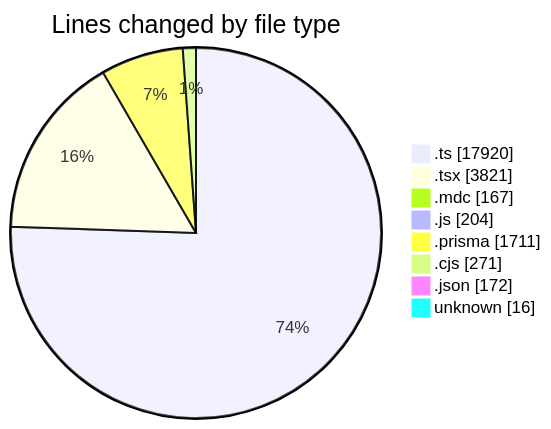
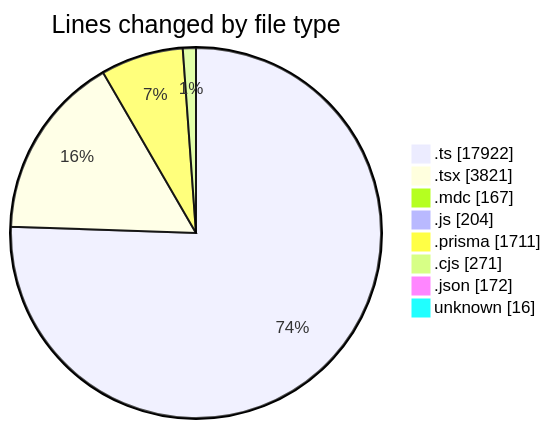
The first of 2 diagrams in 2025-06-06/ecodeli-1/README.md (CELIANVF/code-tracking), drawn with Mermaid before and after one commit. The commit also changed other lines of this file and 1 other file, not shown here.

````diff
--- a/2025-06-06/ecodeli-1/README.md
+++ b/2025-06-06/ecodeli-1/README.md
@@ -89,12 +89,12 @@
 ```mermaid
 pie showData
 title Lines changed by file type
-".ts" : 17920
+".ts" : 17922
 ".tsx" : 3821
 ".mdc" : 167
 ".js" : 204
 ".prisma" : 1711
 ".cjs" : 271
 ".json" : 172
 "unknown" : 16
 ```
````
